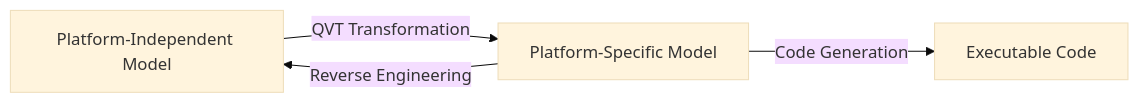
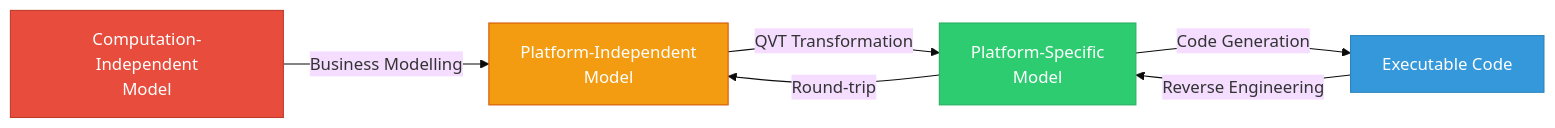
The tenth of 10 diagrams in docs/courses/software-engineering/03-system-modeling.md (Raushan666java/ai-engineering-journey), drawn with Mermaid (base theme) before and after one commit. The commit also changed other lines of this file and 15 other files, not shown here.

Commit message:
deploy: software-engineering overhaul - 16 chapters expanded to avg 1284L (+7649L), richer Mermaid, more TS, deeper content

````diff
--- a/docs/courses/software-engineering/03-system-modeling.md
+++ b/docs/courses/software-engineering/03-system-modeling.md
@@ -401,6 +573,17 @@
 ```mermaid
 graph LR
-    PIM[Platform-Independent Model] -->|QVT Transformation| PSM[Platform-Specific Model]
+    CIM[Computation-Independent<br/>Model] -->|Business Modelling| PIM[Platform-Independent<br/>Model]
+    PIM -->|QVT Transformation| PSM[Platform-Specific<br/>Model]
     PSM -->|Code Generation| CODE[Executable Code]
-    PSM -->|Reverse Engineering| PIM
+    CODE -->|Reverse Engineering| PSM
+    PSM -->|Round-trip| PIM
+
+    classDef cim fill:#e74c3c,stroke:#c0392b,color:#fff
+    classDef pim fill:#f39c12,stroke:#d35400,color:#fff
+    classDef psm fill:#2ecc71,stroke:#27ae60,color:#fff
+    classDef code fill:#3498db,stroke:#2980b9,color:#fff
+    class CIM cim
+    class PIM pim
+    class PSM psm
+    class CODE code
 ```
````
